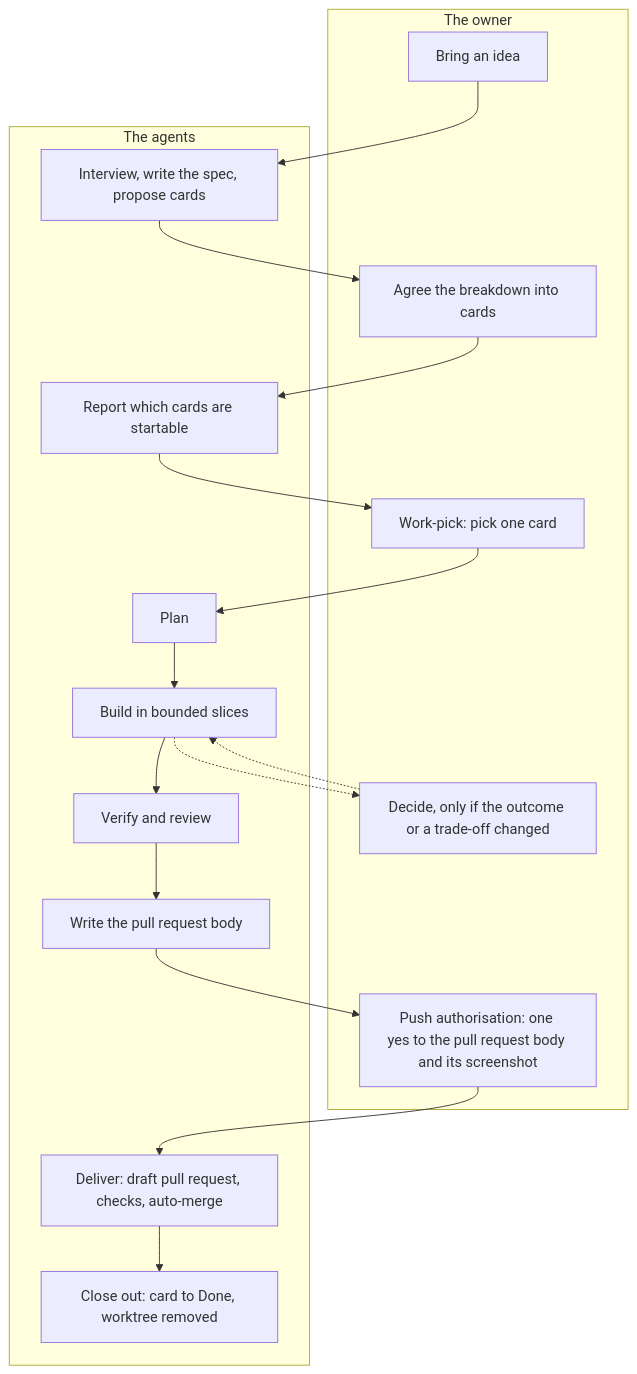
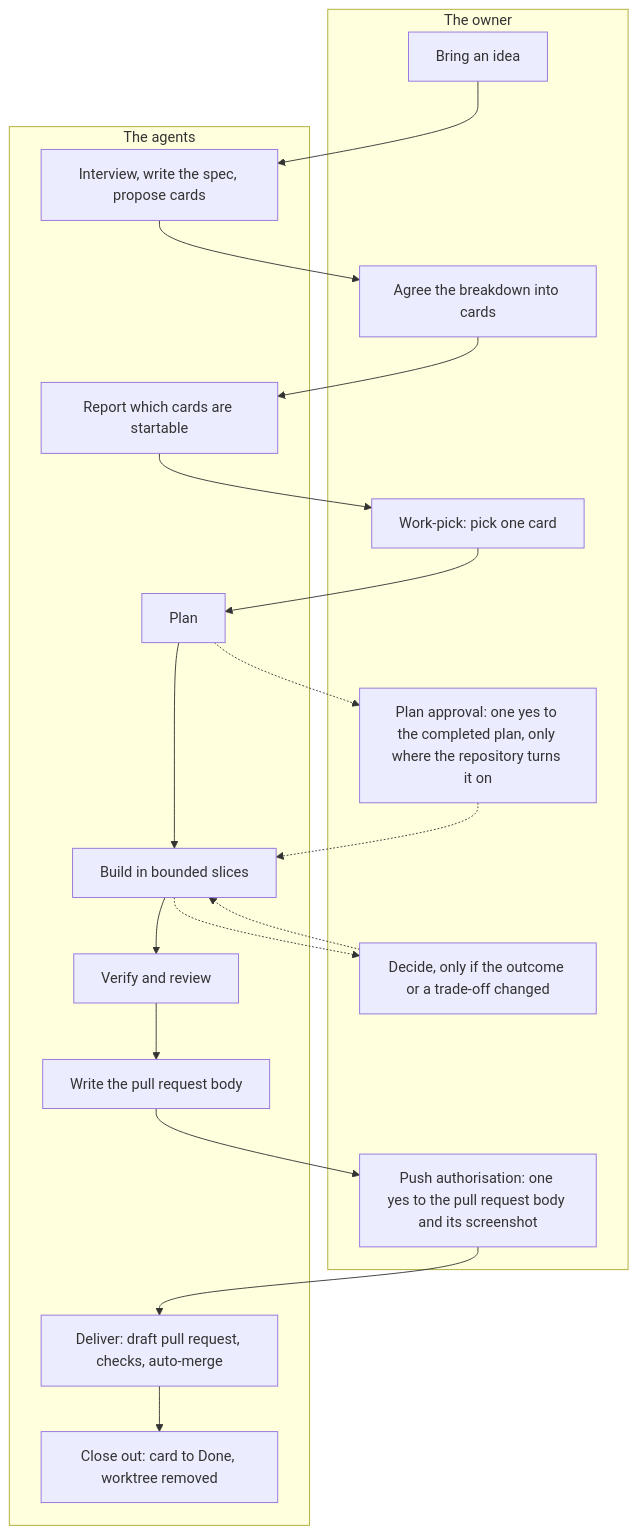
The diagram in docs/AI-WORKFLOW.md (zaingulel/RentCottage), drawn with Mermaid before and after one commit. The commit also changed other lines of this file and 17 other files, not shown here.

````diff
--- a/docs/AI-WORKFLOW.md
+++ b/docs/AI-WORKFLOW.md
@@ -20,33 +21,36 @@
 ```mermaid
 flowchart TB
     subgraph Owner["The owner"]
         O1["Bring an idea"]
         O2["Agree the breakdown into cards"]
         O3["Work-pick: pick one card"]
+        O6["Plan approval: one yes to the completed plan, only where the repository turns it on"]
         O4["Decide, only if the outcome or a trade-off changed"]
         O5["Push authorisation: one yes to the pull request body and its screenshot"]
     end
     subgraph Agents["The agents"]
         A1["Interview, write the spec, propose cards"]
         A2["Report which cards are startable"]
         A3["Plan"]
         A4["Build in bounded slices"]
         A5["Verify and review"]
         A6["Write the pull request body"]
         A7["Deliver: draft pull request, checks, auto-merge"]
         A8["Close out: card to Done, worktree removed"]
     end
     O1 --> A1
     A1 --> O2
     O2 --> A2
     A2 --> O3
     O3 --> A3
     A3 --> A4
     A4 --> A5
     A5 --> A6
     A6 --> O5
     O5 --> A7
     A7 --> A8
     A4 -.-> O4
     O4 -.-> A4
+    A3 -.-> O6
+    O6 -.-> A4
 ```
````
